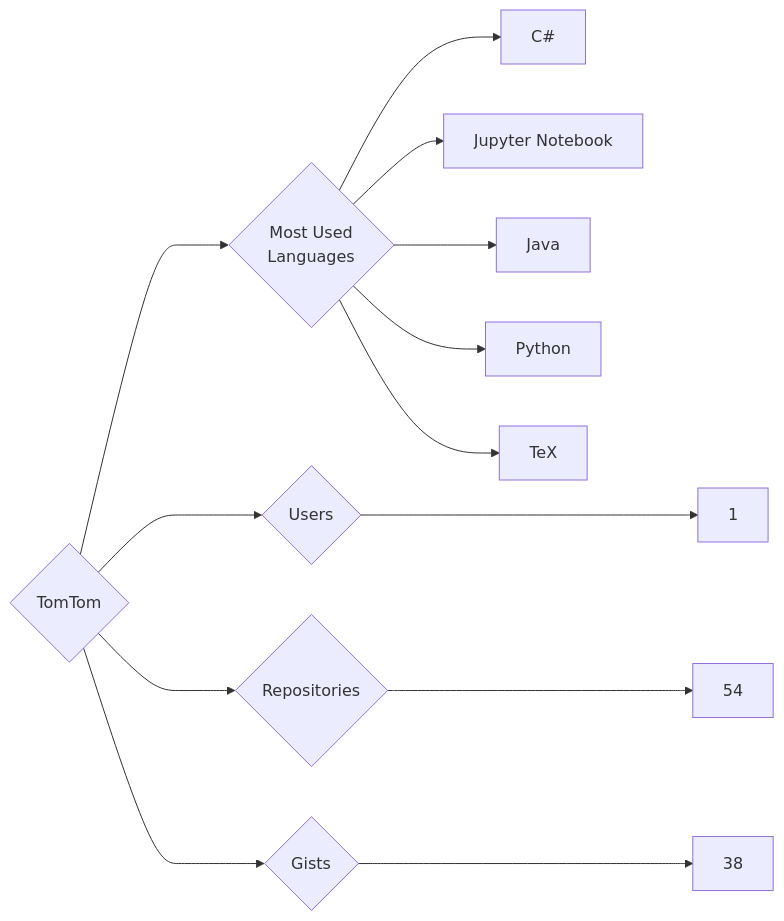
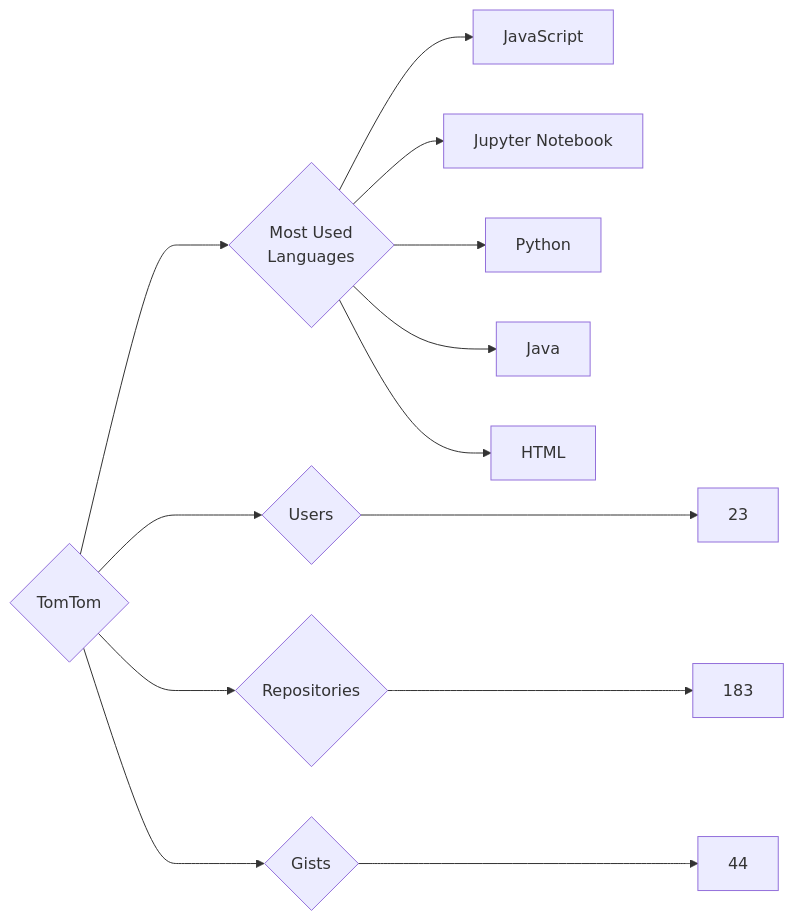
The diagram in targets/TomTom/README.md (trickest/insiders), drawn with Mermaid before and after one commit. The commit also changed 972 other files, not shown here.

````diff
--- a/targets/TomTom/README.md
+++ b/targets/TomTom/README.md
@@ -3,13 +3,13 @@
 ```mermaid
 graph LR
 COMPANY_NAME{TomTom}
-COMPANY_NAME ---> U{Users} ---> UN[1]
-COMPANY_NAME ---> R{Repositories} ---> RN[54]
-COMPANY_NAME ---> G{Gists} ---> GN[38]
+COMPANY_NAME ---> U{Users} ---> UN[23]
+COMPANY_NAME ---> R{Repositories} ---> RN[183]
+COMPANY_NAME ---> G{Gists} ---> GN[44]
 COMPANY_NAME ---> ML{Most Used<br>Languages}
-ML --> C#[C#]
+ML --> JavaScript[JavaScript]
 ML --> Jupyter_Notebook[Jupyter Notebook]
+ML --> Python[Python]
 ML --> Java[Java]
-ML --> Python[Python]
-ML --> TeX[TeX]
+ML --> HTML[HTML]
 ```
````
